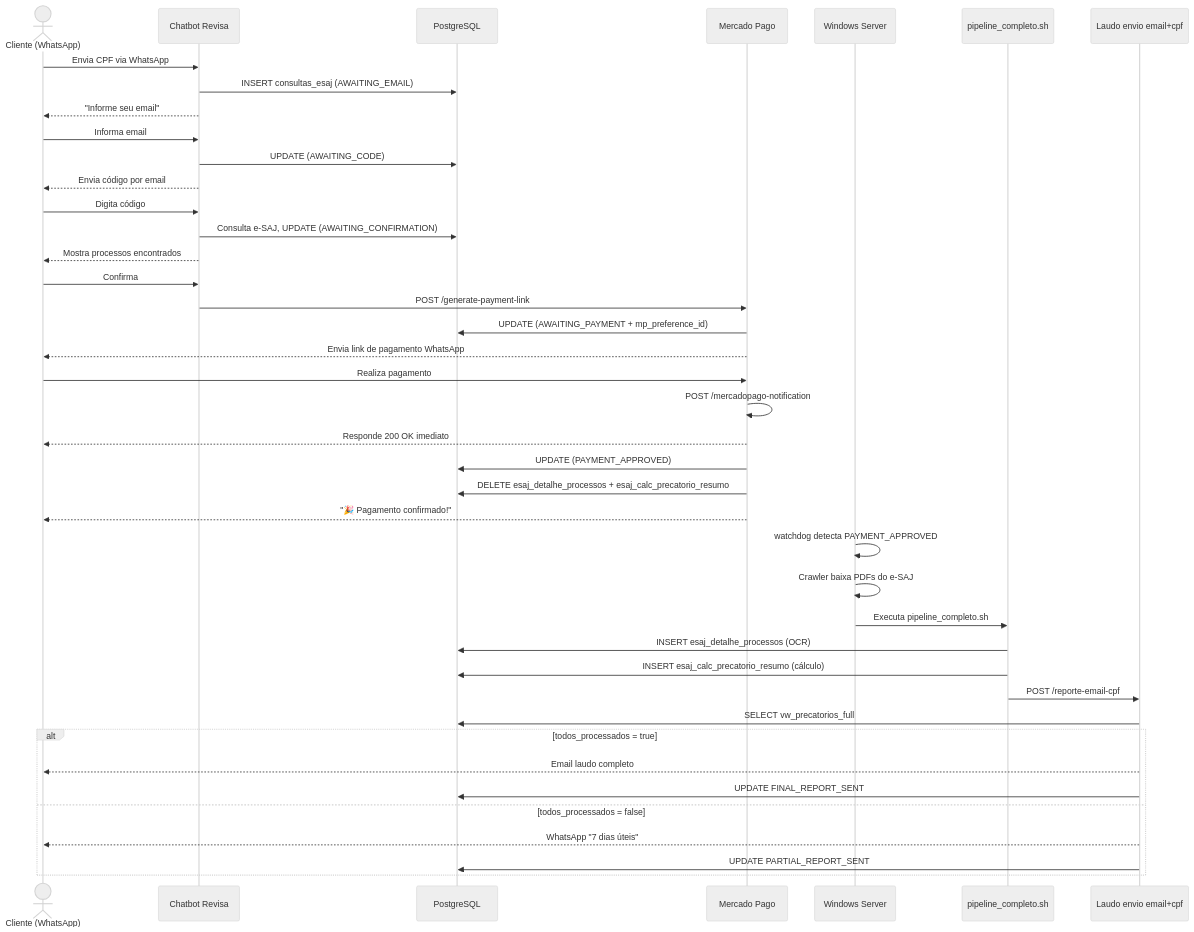
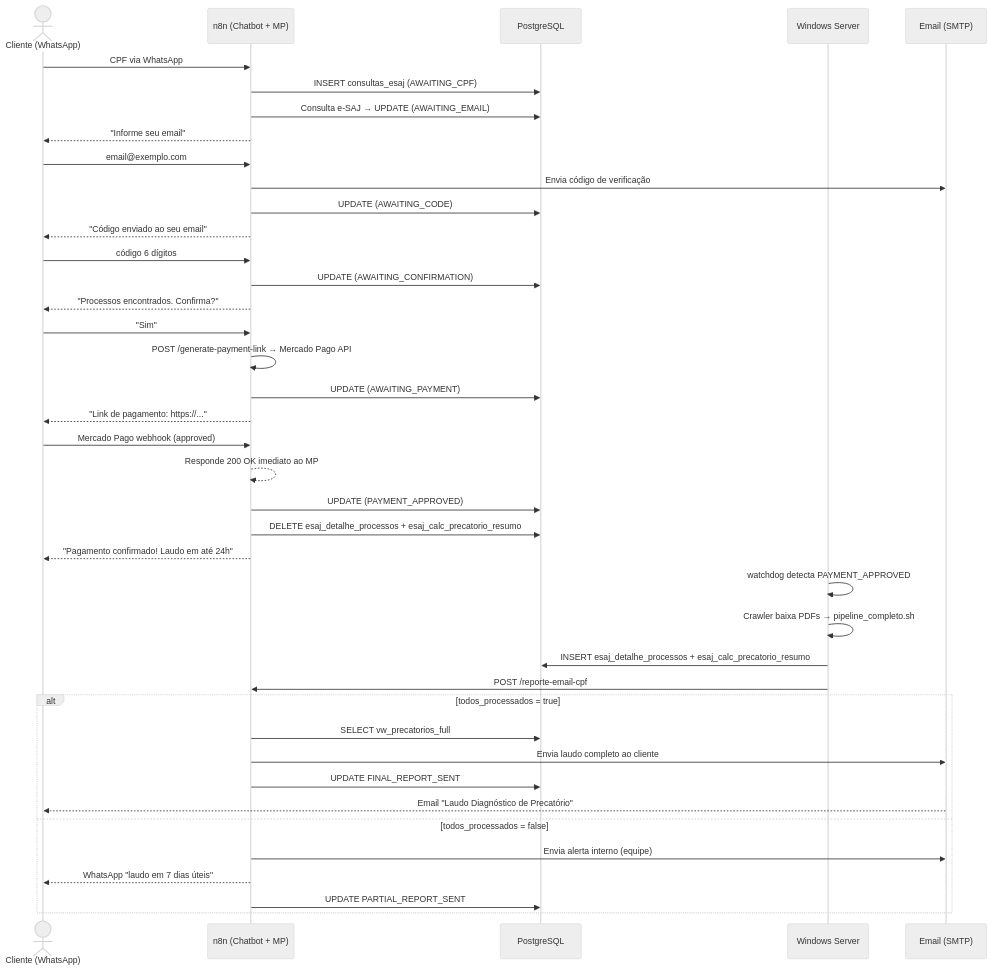
The second of 2 diagrams in README.md (revisaprecatorio/n8n-source-code-docs), drawn with Mermaid (neutral theme) before and after one commit. The commit also changed other lines of this file, not shown here.

Commit message:
fix: redesign diagramas README - flowchart LR com Schedule à direita, cores GitHub-safe, sequence simplificado para 5 participantes

````diff
--- a/README.md
+++ b/README.md
@@ -61,51 +86,49 @@
 ```mermaid
 sequenceDiagram
-    actor Cliente as Cliente (WhatsApp)
-    participant CW as Chatbot Revisa
+    actor CLI as Cliente (WhatsApp)
+    participant N8N as n8n (Chatbot + MP)
     participant DB as PostgreSQL
-    participant MP as Mercado Pago
-    participant WS as Windows Server
-    participant OCR as pipeline_completo.sh
-    participant LE as Laudo envio email+cpf
+    participant WIN as Windows Server
+    participant EM as Email (SMTP)
 
-    Cliente->>CW: Envia CPF via WhatsApp
-    CW->>DB: INSERT consultas_esaj (AWAITING_EMAIL)
-    CW-->>Cliente: "Informe seu email"
+    CLI->>N8N: CPF via WhatsApp
+    N8N->>DB: INSERT consultas_esaj (AWAITING_CPF)
+    N8N->>DB: Consulta e-SAJ → UPDATE (AWAITING_EMAIL)
+    N8N-->>CLI: "Informe seu email"
 
-    Cliente->>CW: Informa email
-    CW->>DB: UPDATE (AWAITING_CODE)
-    CW-->>Cliente: Envia código por email
+    CLI->>N8N: email@exemplo.com
+    N8N->>EM: Envia código de verificação
+    N8N->>DB: UPDATE (AWAITING_CODE)
+    N8N-->>CLI: "Código enviado ao seu email"
 
-    Cliente->>CW: Digita código
-    CW->>DB: Consulta e-SAJ, UPDATE (AWAITING_CONFIRMATION)
-    CW-->>Cliente: Mostra processos encontrados
+    CLI->>N8N: código 6 dígitos
+    N8N->>DB: UPDATE (AWAITING_CONFIRMATION)
+    N8N-->>CLI: "Processos encontrados. Confirma?"
 
-    Cliente->>CW: Confirma
-    CW->>MP: POST /generate-payment-link
-    MP->>DB: UPDATE (AWAITING_PAYMENT + mp_preference_id)
-    MP-->>Cliente: Envia link de pagamento WhatsApp
+    CLI->>N8N: "Sim"
+    N8N->>N8N: POST /generate-payment-link → Mercado Pago API
+    N8N->>DB: UPDATE (AWAITING_PAYMENT)
+    N8N-->>CLI: "Link de pagamento: https://..."
 
-    Cliente->>MP: Realiza pagamento
-    MP->>MP: POST /mercadopago-notification
-    MP-->>Cliente: Responde 200 OK imediato
-    MP->>DB: UPDATE (PAYMENT_APPROVED)
-    MP->>DB: DELETE esaj_detalhe_processos + esaj_calc_precatorio_resumo
-    MP-->>Cliente: "🎉 Pagamento confirmado!"
+    CLI->>N8N: Mercado Pago webhook (approved)
+    N8N-->>N8N: Responde 200 OK imediato ao MP
+    N8N->>DB: UPDATE (PAYMENT_APPROVED)
+    N8N->>DB: DELETE esaj_detalhe_processos + esaj_calc_precatorio_resumo
+    N8N-->>CLI: "Pagamento confirmado! Laudo em até 24h"
 
-    WS->>WS: watchdog detecta PAYMENT_APPROVED
-    WS->>WS: Crawler baixa PDFs do e-SAJ
-    WS->>OCR: Executa pipeline_completo.sh
+    WIN->>WIN: watchdog detecta PAYMENT_APPROVED
+    WIN->>WIN: Crawler baixa PDFs → pipeline_completo.sh
+    WIN->>DB: INSERT esaj_detalhe_processos + esaj_calc_precatorio_resumo
+    WIN->>N8N: POST /reporte-email-cpf
 
-    OCR->>DB: INSERT esaj_detalhe_processos (OCR)
-    OCR->>DB: INSERT esaj_calc_precatorio_resumo (cálculo)
-    OCR->>LE: POST /reporte-email-cpf
-
-    LE->>DB: SELECT vw_precatorios_full
     alt todos_processados = true
-        LE-->>Cliente: Email laudo completo
-        LE->>DB: UPDATE FINAL_REPORT_SENT
+        N8N->>DB: SELECT vw_precatorios_full
+        N8N->>EM: Envia laudo completo ao cliente
+        N8N->>DB: UPDATE FINAL_REPORT_SENT
+        EM-->>CLI: Email "Laudo Diagnóstico de Precatório"
     else todos_processados = false
-        LE-->>Cliente: WhatsApp "7 dias úteis"
-        LE->>DB: UPDATE PARTIAL_REPORT_SENT
+        N8N->>EM: Envia alerta interno (equipe)
+        N8N-->>CLI: WhatsApp "laudo em 7 dias úteis"
+        N8N->>DB: UPDATE PARTIAL_REPORT_SENT
     end
 ```
````
